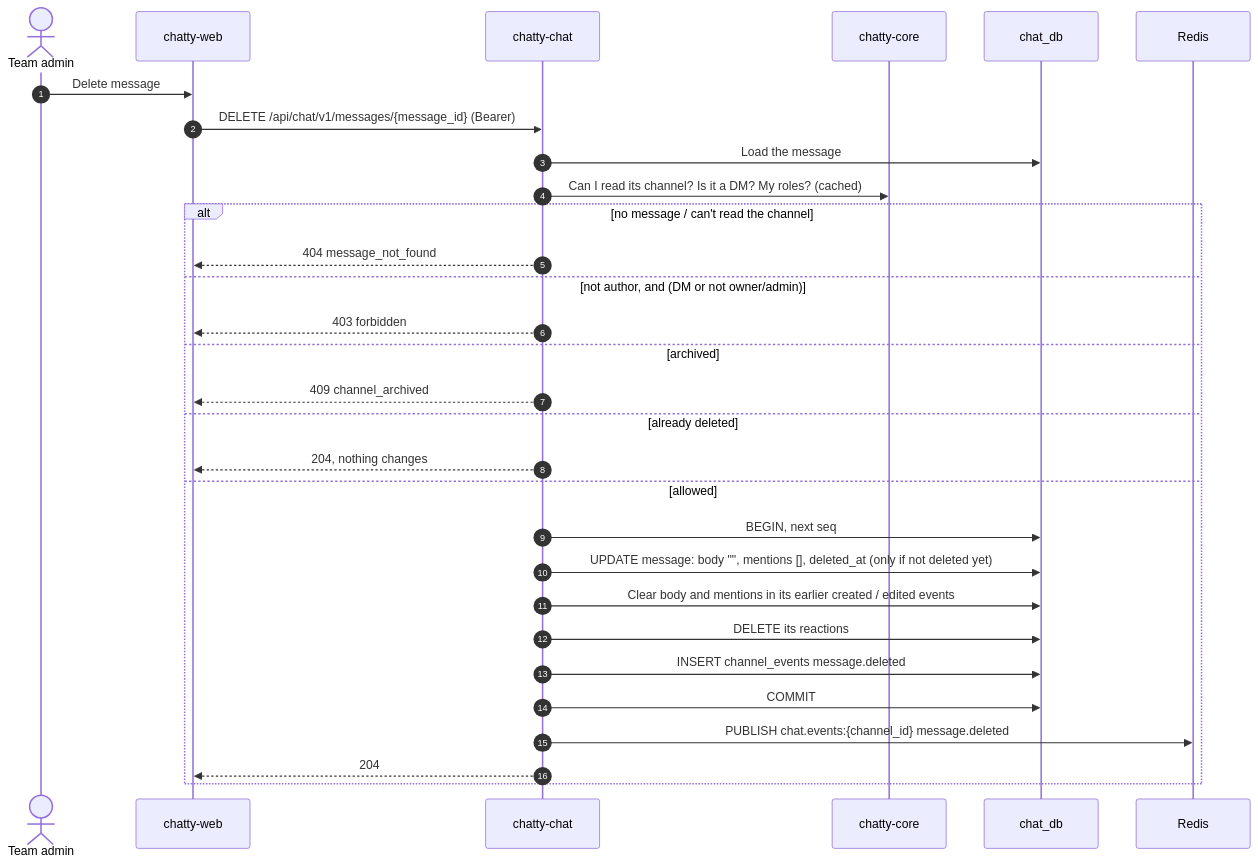
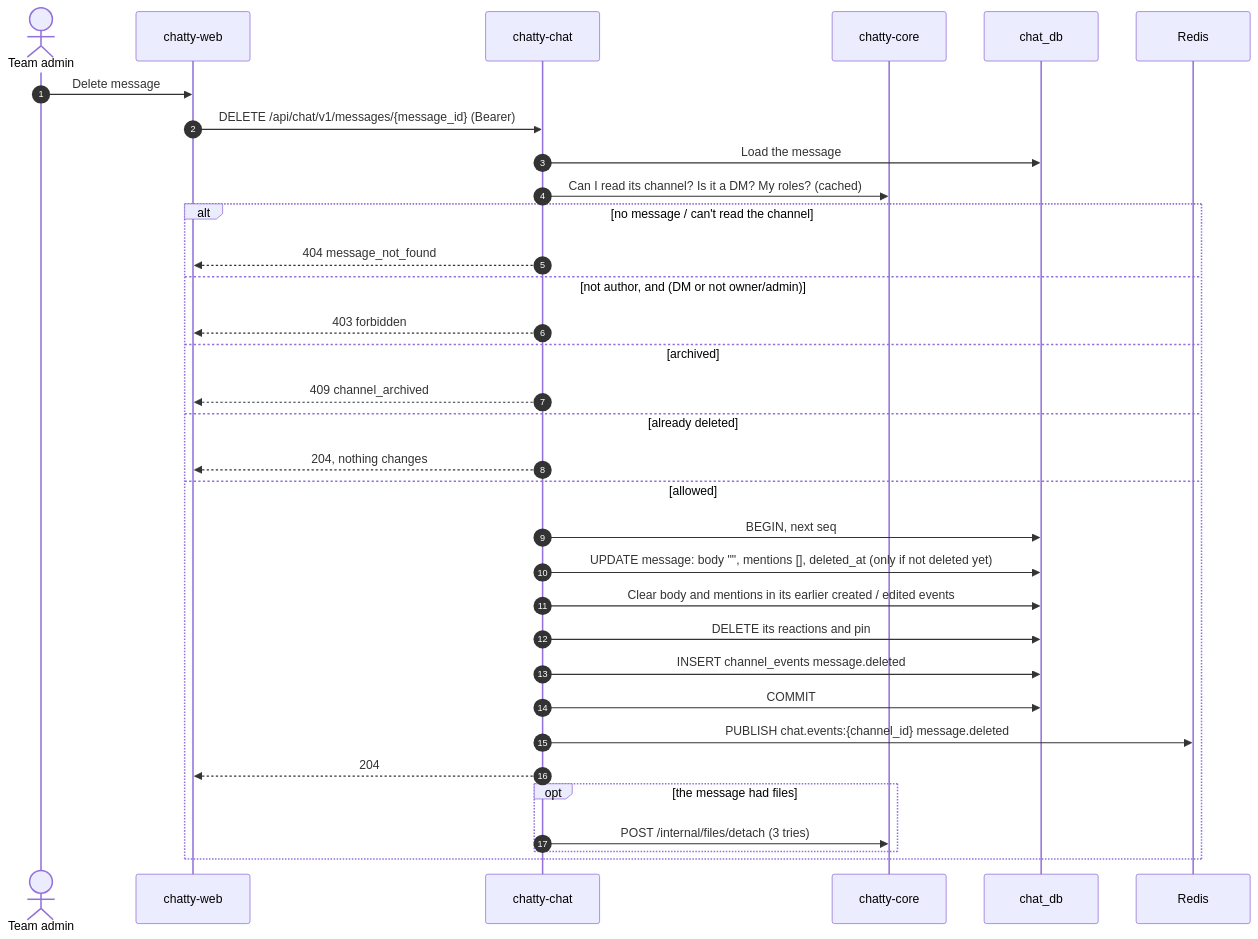
Before and after one commit to Chatty4/chatty-docs: the diagram in architecture/flows/edit-and-delete-message.md, drawn with Mermaid. The commit also changed other lines of this file and 5 other files, not shown here.

````diff
--- a/architecture/flows/edit-and-delete-message.md
+++ b/architecture/flows/edit-and-delete-message.md
@@ -13,33 +13,36 @@
 ```mermaid
 sequenceDiagram
     autonumber
     actor A as Team admin
     participant W as chatty-web
     participant H as chatty-chat
     participant C as chatty-core
     participant DB as chat_db
     participant R as Redis
 
     A->>W: Delete message
     W->>H: DELETE /api/chat/v1/messages/{message_id} (Bearer)
     H->>DB: Load the message
     H->>C: Can I read its channel? Is it a DM? My roles? (cached)
     alt no message / can't read the channel
         H-->>W: 404 message_not_found
     else not author, and (DM or not owner/admin)
         H-->>W: 403 forbidden
     else archived
         H-->>W: 409 channel_archived
     else already deleted
         H-->>W: 204, nothing changes
     else allowed
         H->>DB: BEGIN, next seq
         H->>DB: UPDATE message: body "", mentions [], deleted_at (only if not deleted yet)
         H->>DB: Clear body and mentions in its earlier created / edited events
-        H->>DB: DELETE its reactions
+        H->>DB: DELETE its reactions and pin
         H->>DB: INSERT channel_events message.deleted
         H->>DB: COMMIT
         H->>R: PUBLISH chat.events:{channel_id} message.deleted
         H-->>W: 204
+        opt the message had files
+            H->>C: POST /internal/files/detach (3 tries)
+        end
     end
 ```
````
